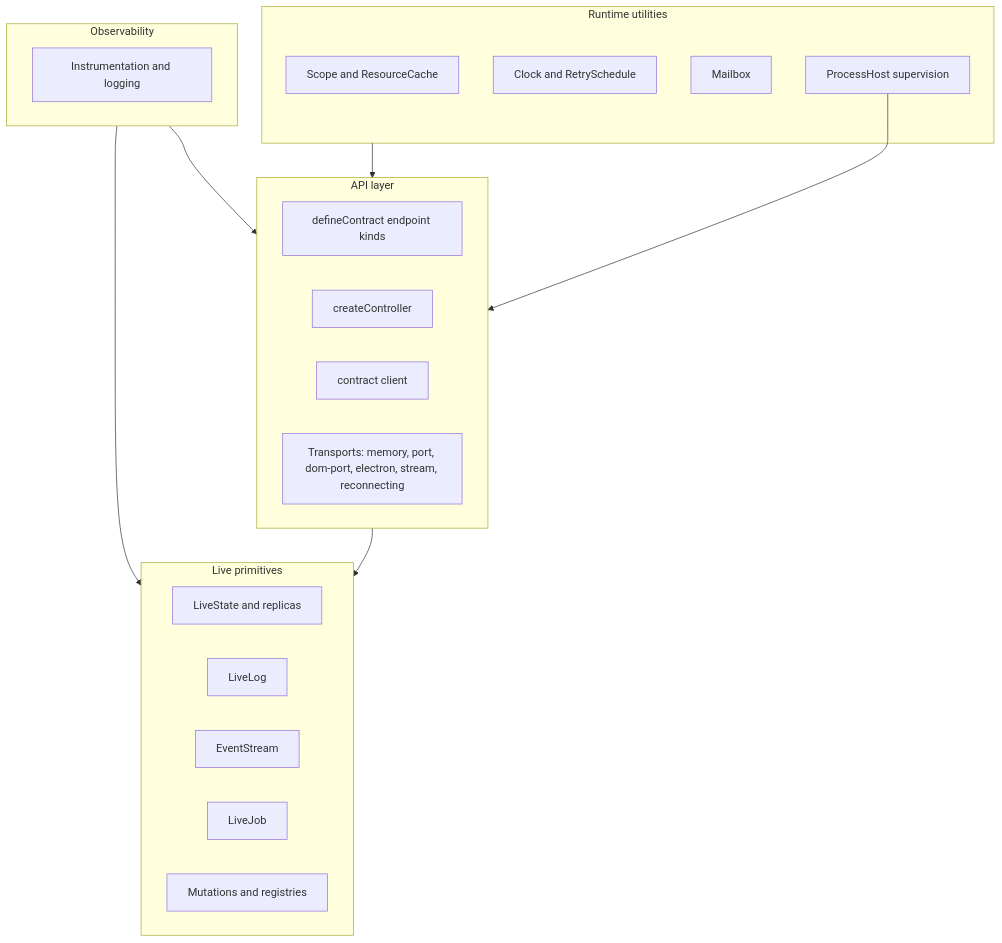
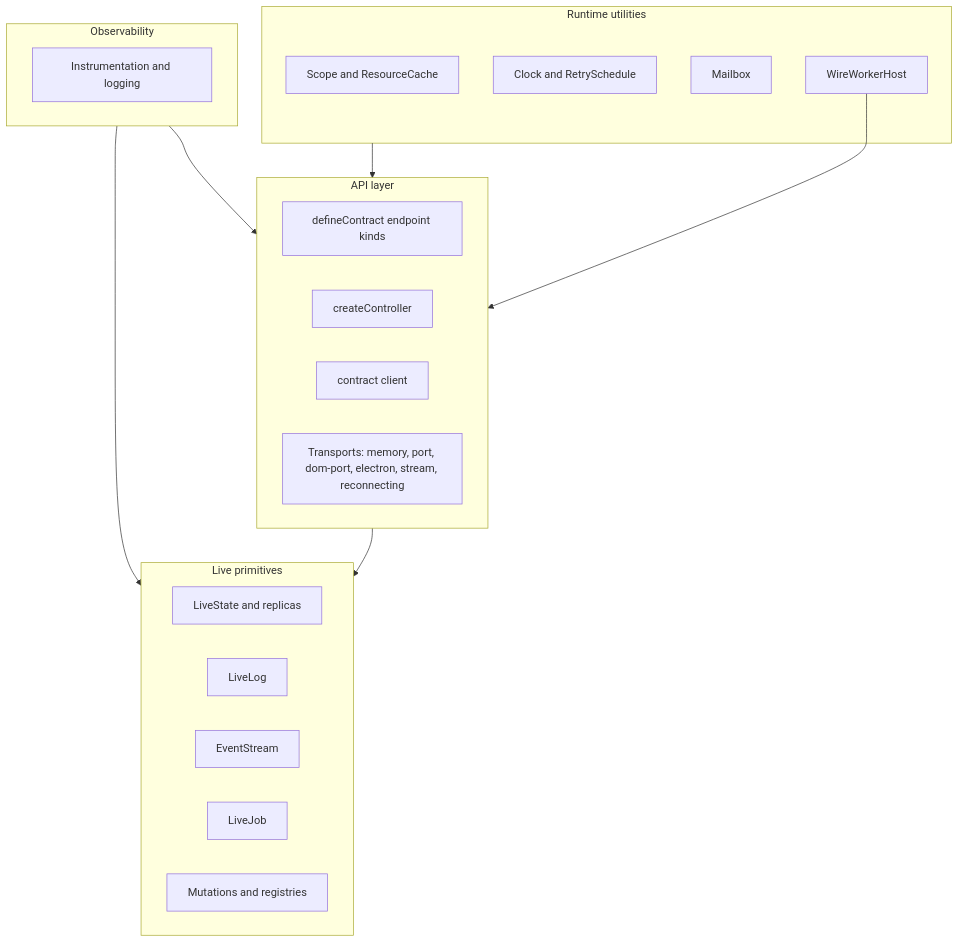
Before and after one commit to generalaction/emdash: the diagram in packages/wire/docs/README.md, drawn with Mermaid. The commit also changed other lines of this file and 78 other files, not shown here.

Commit message:
feat: improve wire worker handling

````diff
--- a/packages/wire/docs/README.md
+++ b/packages/wire/docs/README.md
@@ -9,29 +9,29 @@
 ```mermaid
 flowchart TB
   subgraph runtime [Runtime utilities]
     scope[Scope and ResourceCache]
     scheduling[Clock and RetrySchedule]
     mailbox[Mailbox]
-    processHost[ProcessHost supervision]
+    workerHost[WireWorkerHost]
   end
   subgraph api [API layer]
     contracts[defineContract endpoint kinds]
     controller[createController]
     client[contract client]
     transports[Transports: memory, port, dom-port, electron, stream, reconnecting]
   end
   subgraph live [Live primitives]
     model[LiveState and replicas]
     log[LiveLog]
     eventStream[EventStream]
     job[LiveJob]
     mutations[Mutations and registries]
   end
   subgraph observability [Observability]
     instrumentation[Instrumentation and logging]
   end
   runtime --> api --> live
   observability --> api
   observability --> live
-  processHost --> api
+  workerHost --> api
 ```
````
